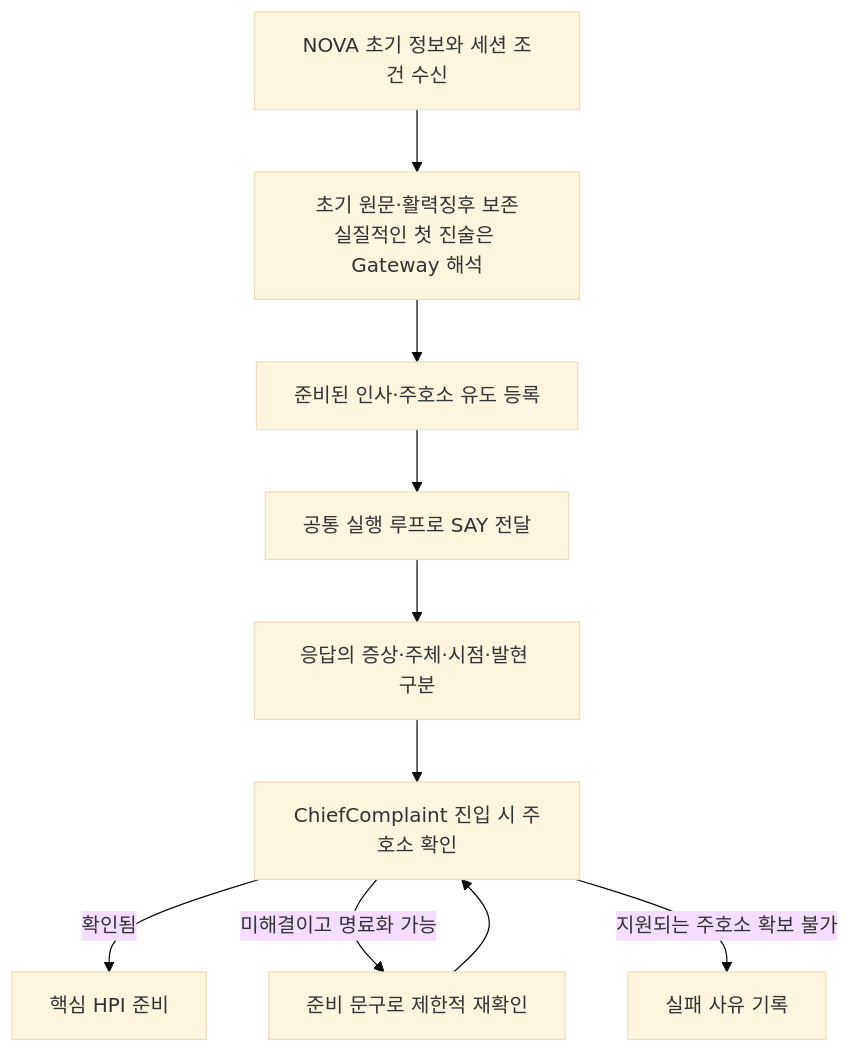
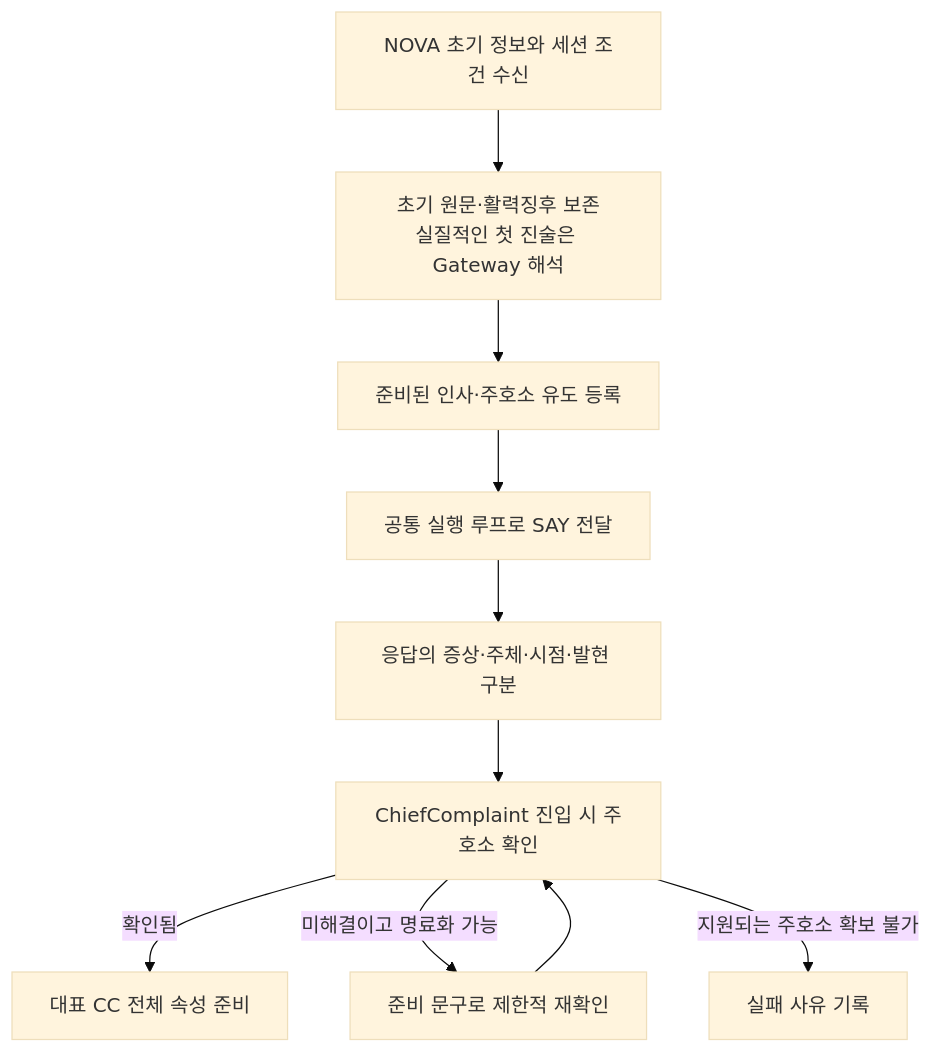
The second of 12 diagrams in submission/README.md (devRestain/Ontoward), drawn with Mermaid (base theme) before and after one commit. The commit also changed other lines of this file and 36 other files, not shown here.

````diff
--- a/submission/README.md
+++ b/submission/README.md
@@ -116,12 +116,12 @@
 ```mermaid
 flowchart TD
     I0["NOVA 초기 정보와 세션 조건 수신"] --> I1["초기 원문·활력징후 보존<br/>실질적인 첫 진술은 Gateway 해석"]
     I1 --> I2["준비된 인사·주호소 유도 등록"]
     I2 --> I3["공통 실행 루프로 SAY 전달"]
     I3 --> I4["응답의 증상·주체·시점·발현 구분"]
     I4 --> I5["ChiefComplaint 진입 시 주호소 확인"]
-    I5 -->|확인됨| I6["핵심 HPI 준비"]
+    I5 -->|확인됨| I6["대표 CC 전체 속성 준비"]
     I5 -->|미해결이고 명료화 가능| I7["준비 문구로 제한적 재확인"]
     I7 --> I5
     I5 -->|지원되는 주호소 확보 불가| I8["실패 사유 기록"]
 ```
````
